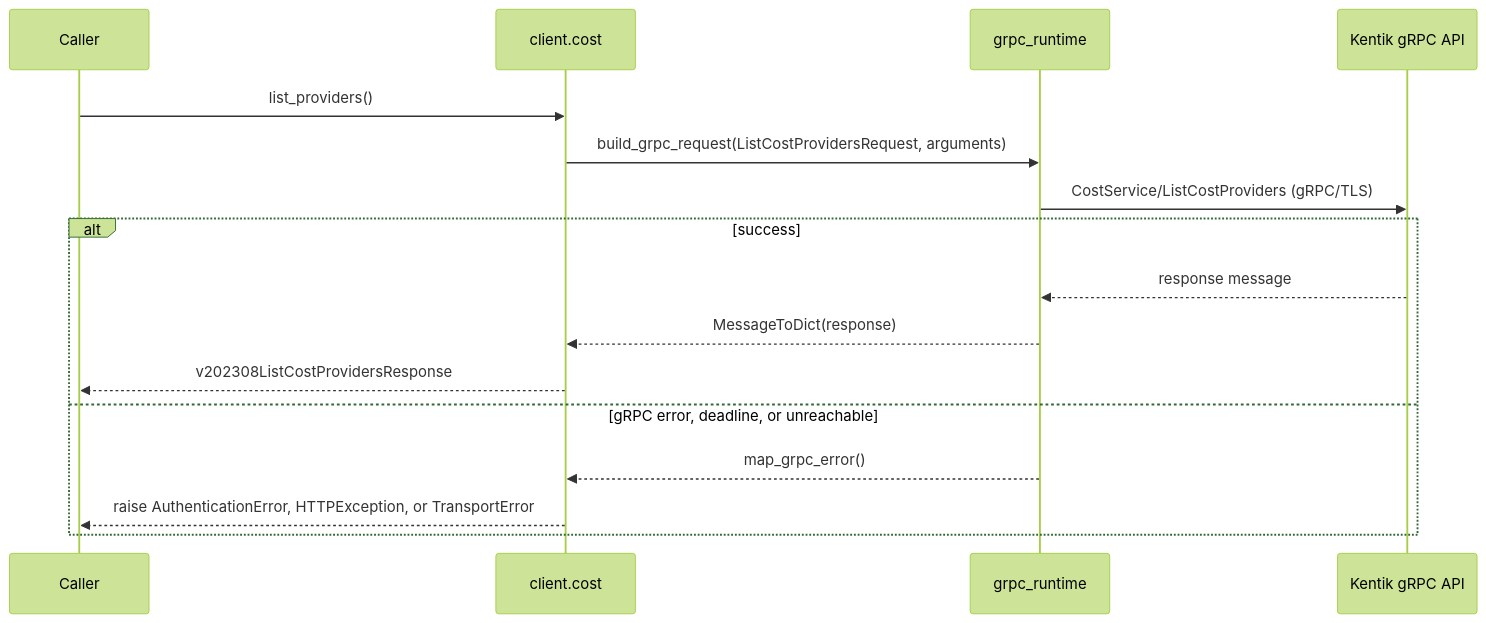
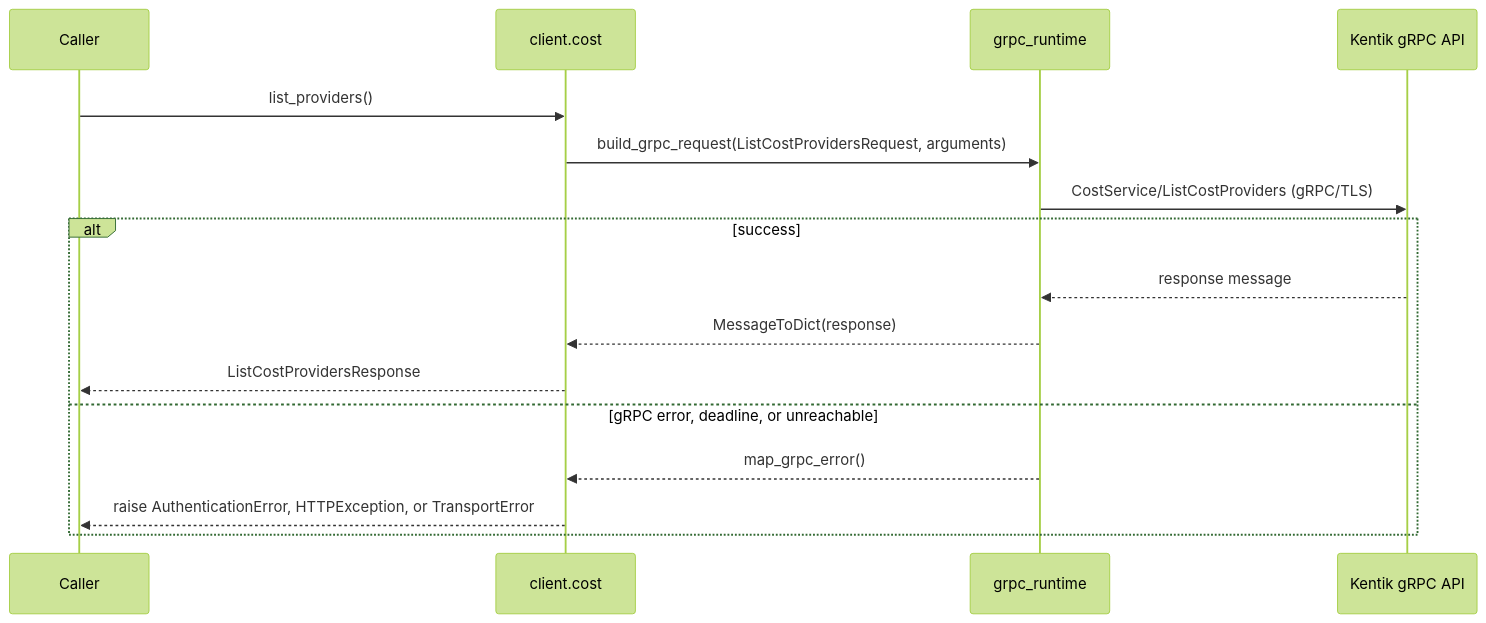
One commit to alexdearaujo/community_sdk_python changed the third of 8 diagrams in docs/sphinx/services/cost.md. Above: the diagram before and after it, drawn with Mermaid (forest theme). The commit also changed other lines of this file and 38 other files, not shown here.

````diff
--- a/docs/sphinx/services/cost.md
+++ b/docs/sphinx/services/cost.md
@@ -59,19 +59,19 @@
 ```mermaid
 sequenceDiagram
     participant C as Caller
     participant W as client.cost
     participant R as grpc_runtime
     participant API as Kentik gRPC API
 
     C->>W: list_providers()
     W->>R: build_grpc_request(ListCostProvidersRequest, arguments)
     R->>API: CostService/ListCostProviders (gRPC/TLS)
     alt success
         API-->>R: response message
         R-->>W: MessageToDict(response)
-        W-->>C: v202308ListCostProvidersResponse
+        W-->>C: ListCostProvidersResponse
     else gRPC error, deadline, or unreachable
         R-->>W: map_grpc_error()
         W-->>C: raise AuthenticationError, HTTPException, or TransportError
     end
 ```
````
